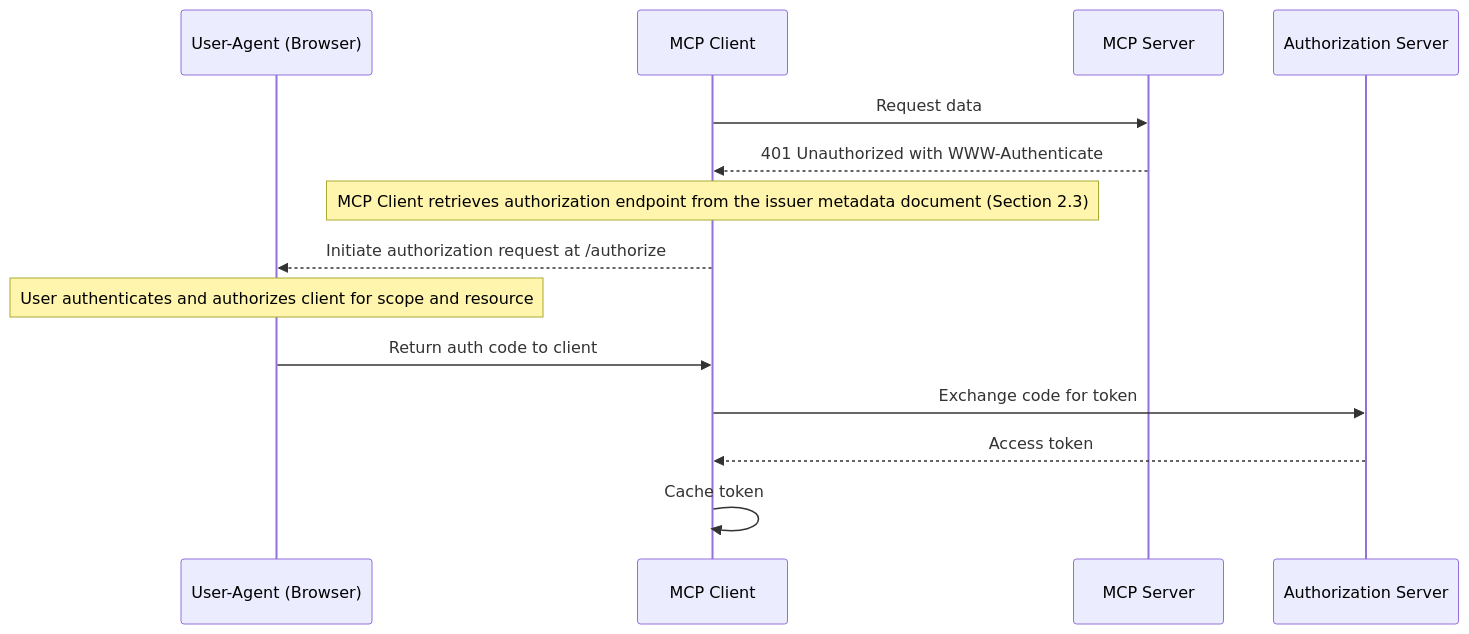
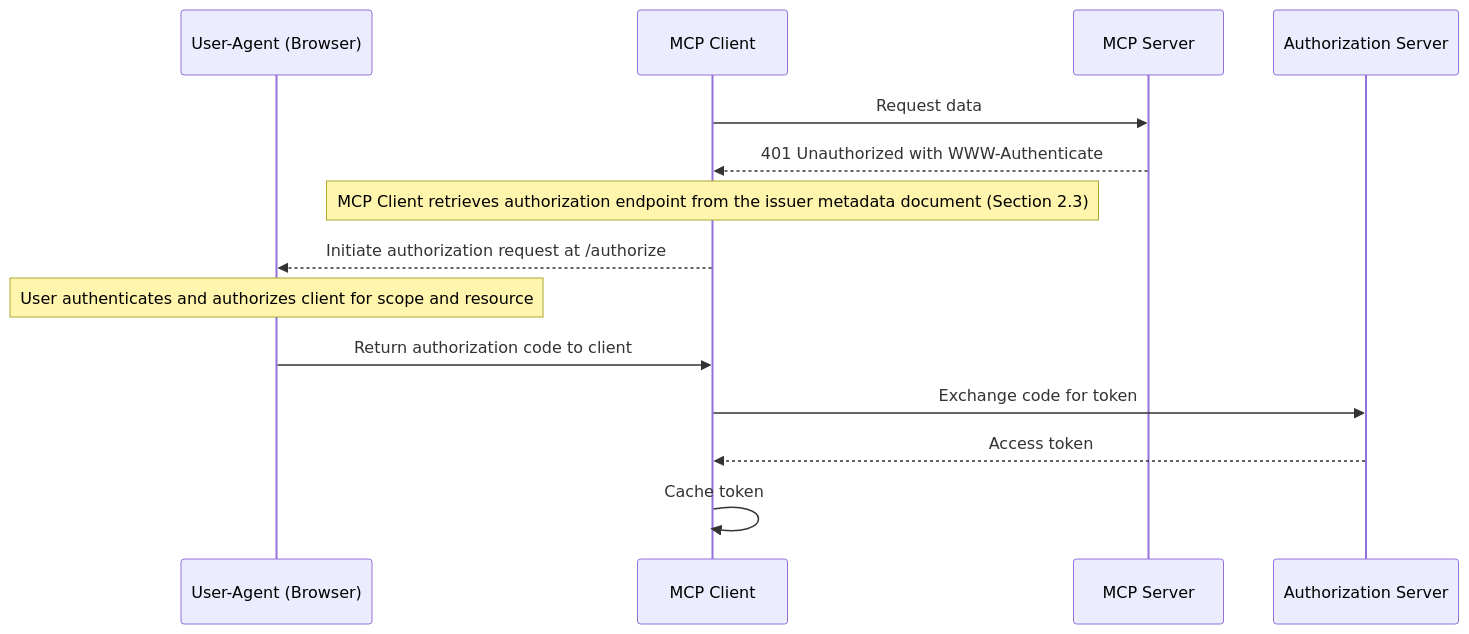
Before and after one commit to pcarleton/specification: the second of 4 diagrams in docs/specification/2025-03-26/basic/authorization.mdx, drawn with Mermaid.

````diff
--- a/docs/specification/2025-03-26/basic/authorization.mdx
+++ b/docs/specification/2025-03-26/basic/authorization.mdx
@@ -203,17 +203,17 @@
 ```mermaid
 sequenceDiagram
     participant UA as User-Agent (Browser)
     participant MC as MCP Client
     participant MS as MCP Server
     participant AUTHZS as Authorization Server
 
     MC->>MS: Request data
     MS-->>MC: 401 Unauthorized with WWW-Authenticate
     Note over MC: MCP Client retrieves authorization endpoint from the issuer metadata document (Section 2.3)
     MC-->>UA: Initiate authorization request at /authorize
     Note over UA: User authenticates and authorizes client for scope and resource
-    UA->>MC: Return auth code to client
+    UA->>MC: Return authorization code to client
     MC->>AUTHZS: Exchange code for token
     AUTHZS-->>MC: Access token
     MC->>MC: Cache token
 ```
````
